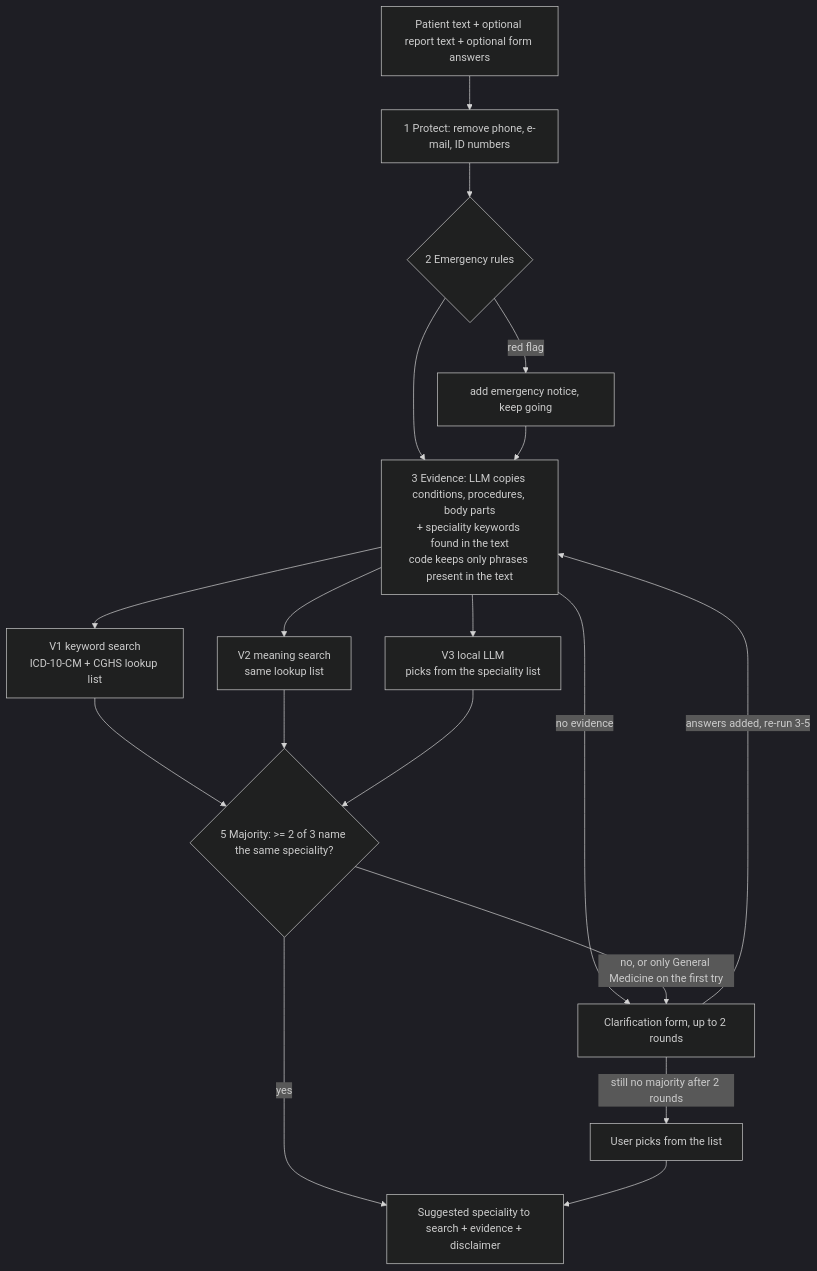
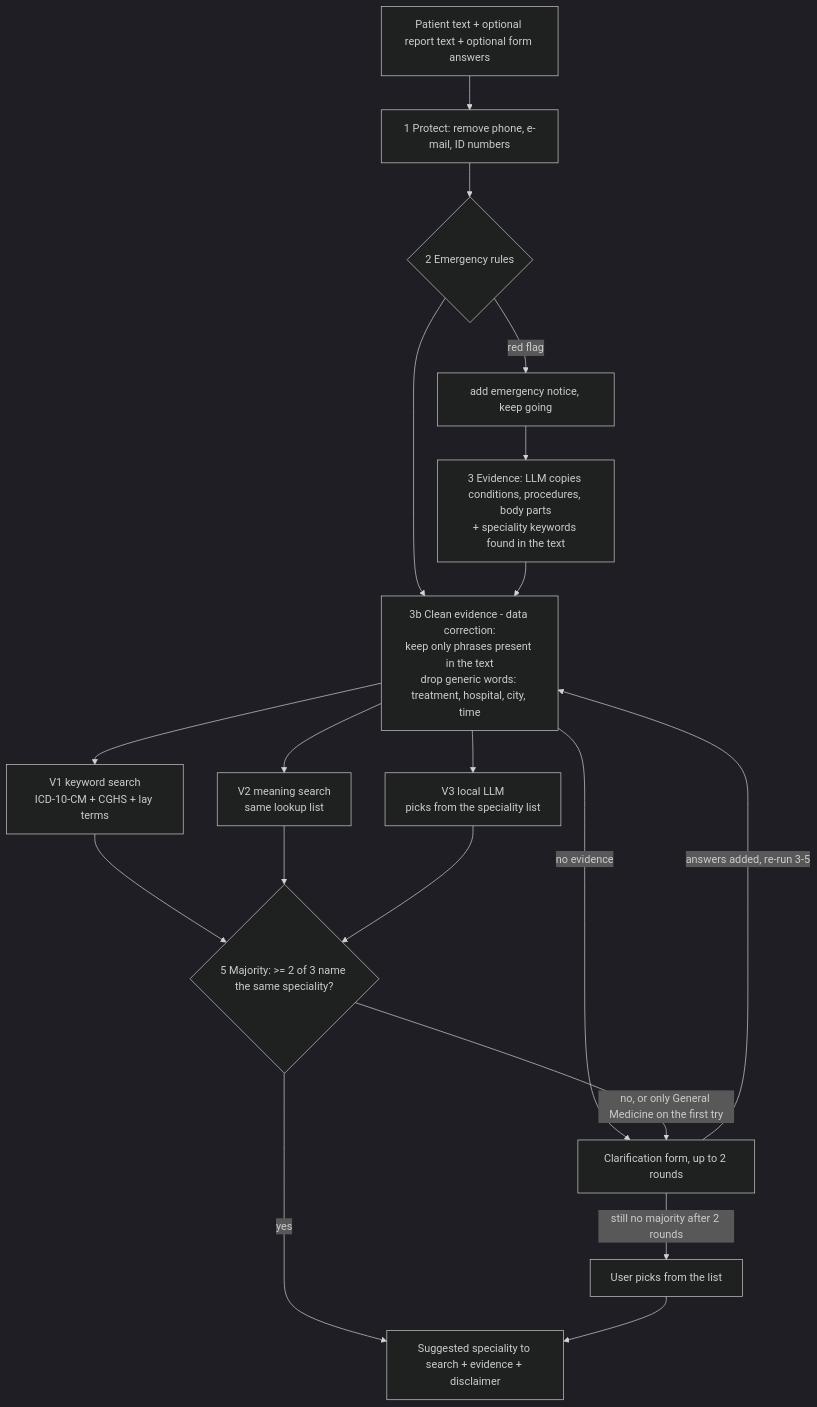
Before and after one commit to shubhamgithhub/MediRoute: the diagram in docs/api/step1_analyze_api.md, drawn with Mermaid (dark theme). The commit also changed other lines of this file and 10 other files, not shown here.

First line of the commit message:
Step 1 data correction: drop generic evidence, add patient lay terms

````diff
--- a/docs/api/step1_analyze_api.md
+++ b/docs/api/step1_analyze_api.md
@@ -25,20 +25,21 @@
 ```mermaid
 flowchart TD
     A[Patient text + optional report text + optional form answers] --> P[1 Protect: remove phone, e-mail, ID numbers]
     P --> S{2 Emergency rules}
     S -->|red flag| N[add emergency notice, keep going]
     S --> E
-    N --> E[3 Evidence: LLM copies conditions, procedures, body parts<br/>+ speciality keywords found in the text<br/>code keeps only phrases present in the text]
+    N --> X[3 Evidence: LLM copies conditions, procedures, body parts<br/>+ speciality keywords found in the text]
+    X --> E[3b Clean evidence - data correction:<br/>keep only phrases present in the text<br/>drop generic words: treatment, hospital, city, time]
     E -->|no evidence| C
-    E --> V1[V1 keyword search<br/>ICD-10-CM + CGHS lookup list]
+    E --> V1[V1 keyword search<br/>ICD-10-CM + CGHS + lay terms]
     E --> V2[V2 meaning search<br/>same lookup list]
     E --> V3[V3 local LLM<br/>picks from the speciality list]
     V1 --> D{5 Majority: >= 2 of 3 name the same speciality?}
     V2 --> D
     V3 --> D
     D -->|yes| O[Suggested speciality to search + evidence + disclaimer]
     D -->|no, or only General Medicine on the first try| C[Clarification form, up to 2 rounds]
     C -->|answers added, re-run 3-5| E
     C -->|still no majority after 2 rounds| U[User picks from the list]
     U --> O
 ```
````
